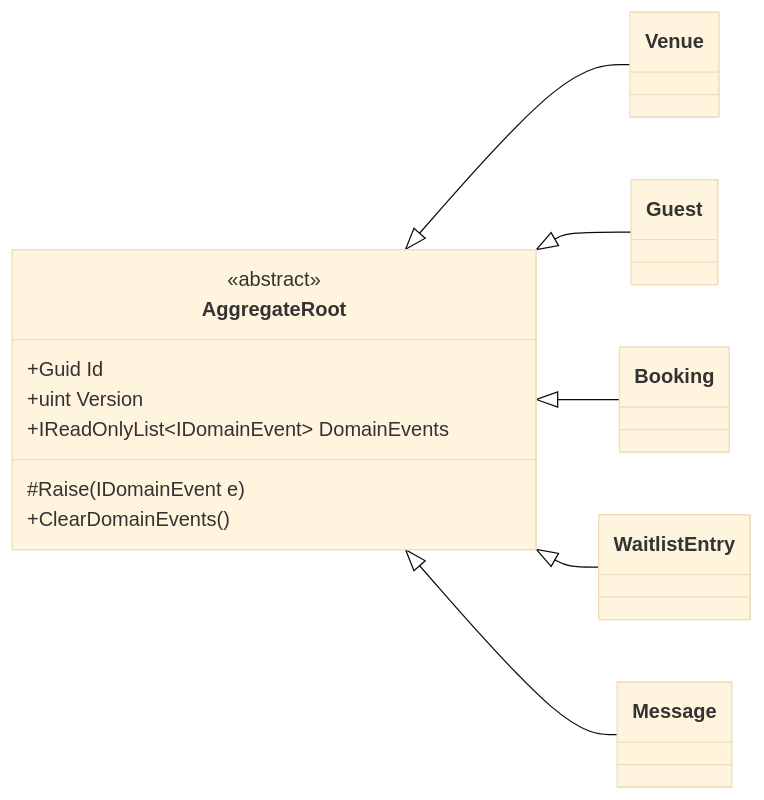
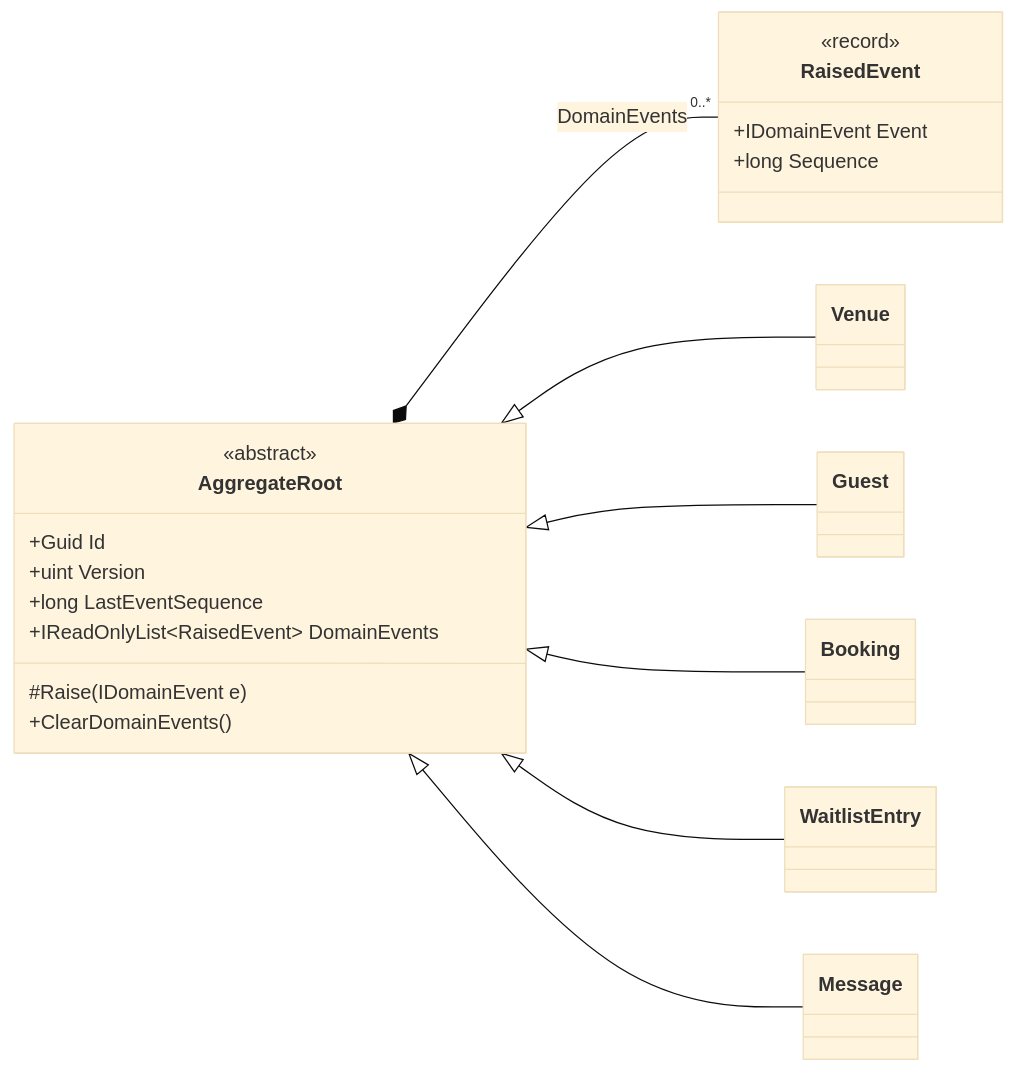
One commit to ring9834/TableReservation changed the first of 28 diagrams in docs/Design.md. Above: the diagram before and after it, drawn with Mermaid (base theme). The commit also changed other lines of this file, not shown here.

````diff
--- a/docs/Design.md
+++ b/docs/Design.md
@@ -84,22 +98,29 @@
 ```mermaid
 classDiagram
     direction LR
     class AggregateRoot {
         <<abstract>>
         +Guid Id
         +uint Version
-        +IReadOnlyList~IDomainEvent~ DomainEvents
+        +long LastEventSequence
+        +IReadOnlyList~RaisedEvent~ DomainEvents
         #Raise(IDomainEvent e)
         +ClearDomainEvents()
+    }
+    class RaisedEvent {
+        <<record>>
+        +IDomainEvent Event
+        +long Sequence
     }
     class Venue
     class Guest
     class Booking
     class WaitlistEntry
     class Message
+    AggregateRoot *-- "0..*" RaisedEvent : DomainEvents
     AggregateRoot <|-- Venue
     AggregateRoot <|-- Guest
     AggregateRoot <|-- Booking
     AggregateRoot <|-- WaitlistEntry
     AggregateRoot <|-- Message
 ```
````
